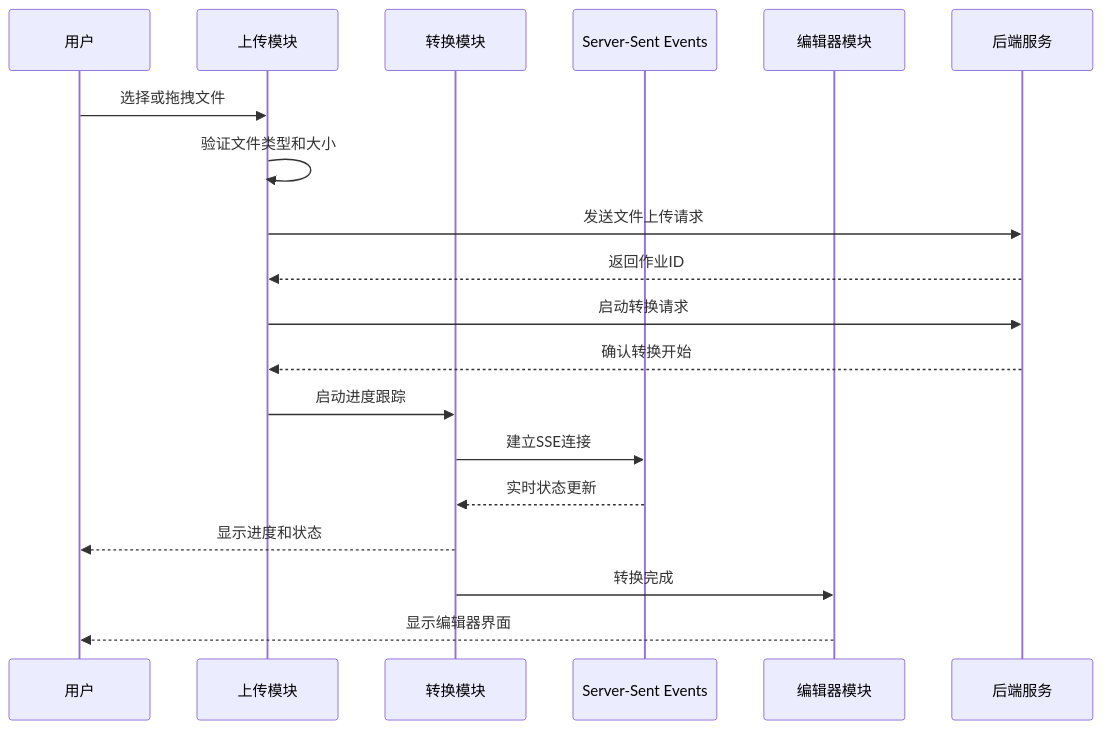
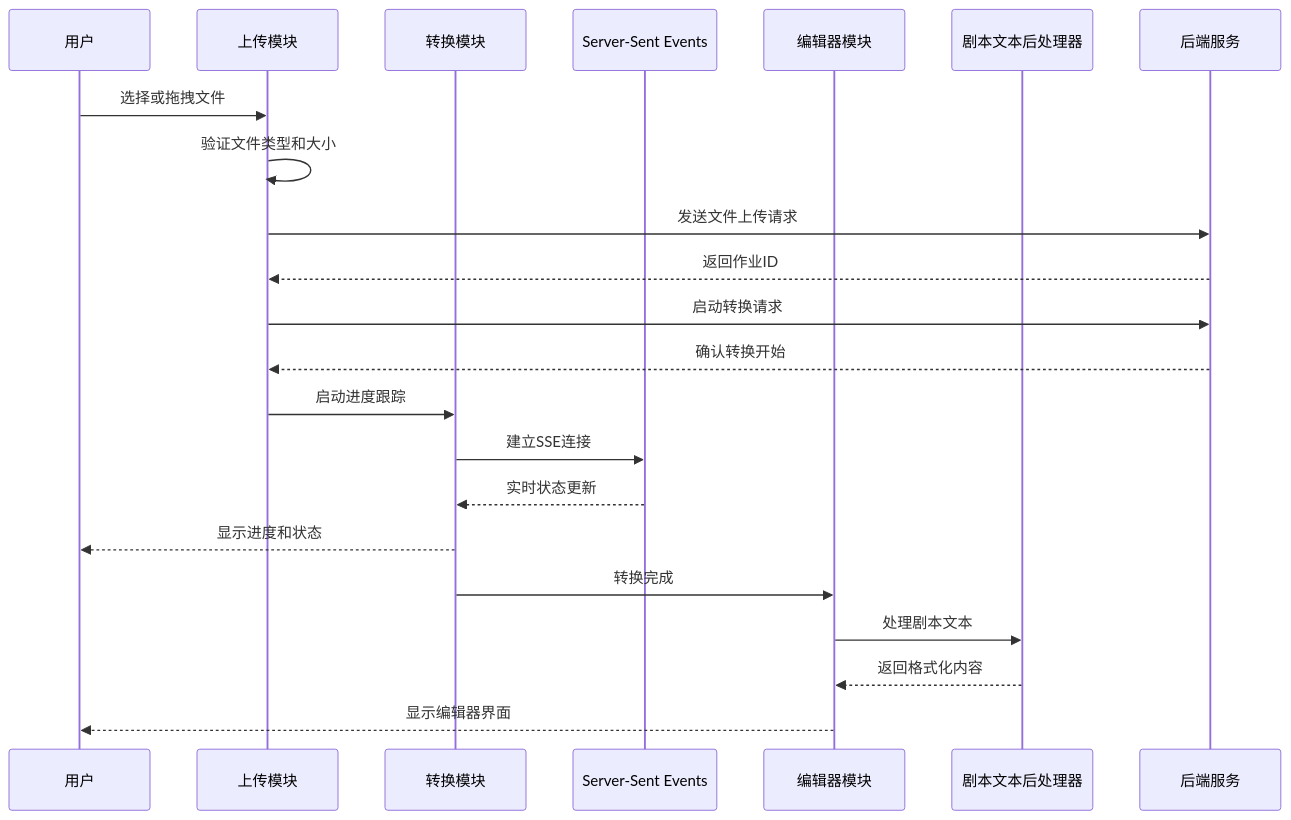
One commit to tjujingzong/Novel-to-Screenplay changed the second of 14 diagrams in .qoder/repowiki/zh/content/前端界面/JavaScript交互逻辑.md. Above: the diagram before and after it, drawn with Mermaid. The commit also changed other lines of this file and 10 other files, not shown here.

````diff
--- a/.qoder/repowiki/zh/content/前端界面/JavaScript交互逻辑.md
+++ b/.qoder/repowiki/zh/content/前端界面/JavaScript交互逻辑.md
@@ -150,21 +157,24 @@
 ```mermaid
 sequenceDiagram
 participant User as 用户
 participant Upload as 上传模块
 participant Conversion as 转换模块
 participant SSE as Server-Sent Events
 participant Editor as 编辑器模块
+participant PostProcessor as 剧本文本后处理器
 participant Backend as 后端服务
 User->>Upload : 选择或拖拽文件
 Upload->>Upload : 验证文件类型和大小
 Upload->>Backend : 发送文件上传请求
 Backend-->>Upload : 返回作业ID
 Upload->>Backend : 启动转换请求
 Backend-->>Upload : 确认转换开始
 Upload->>Conversion : 启动进度跟踪
 Conversion->>SSE : 建立SSE连接
 SSE-->>Conversion : 实时状态更新
 Conversion-->>User : 显示进度和状态
 Conversion->>Editor : 转换完成
+Editor->>PostProcessor : 处理剧本文本
+PostProcessor-->>Editor : 返回格式化内容
 Editor-->>User : 显示编辑器界面
 ```
````
